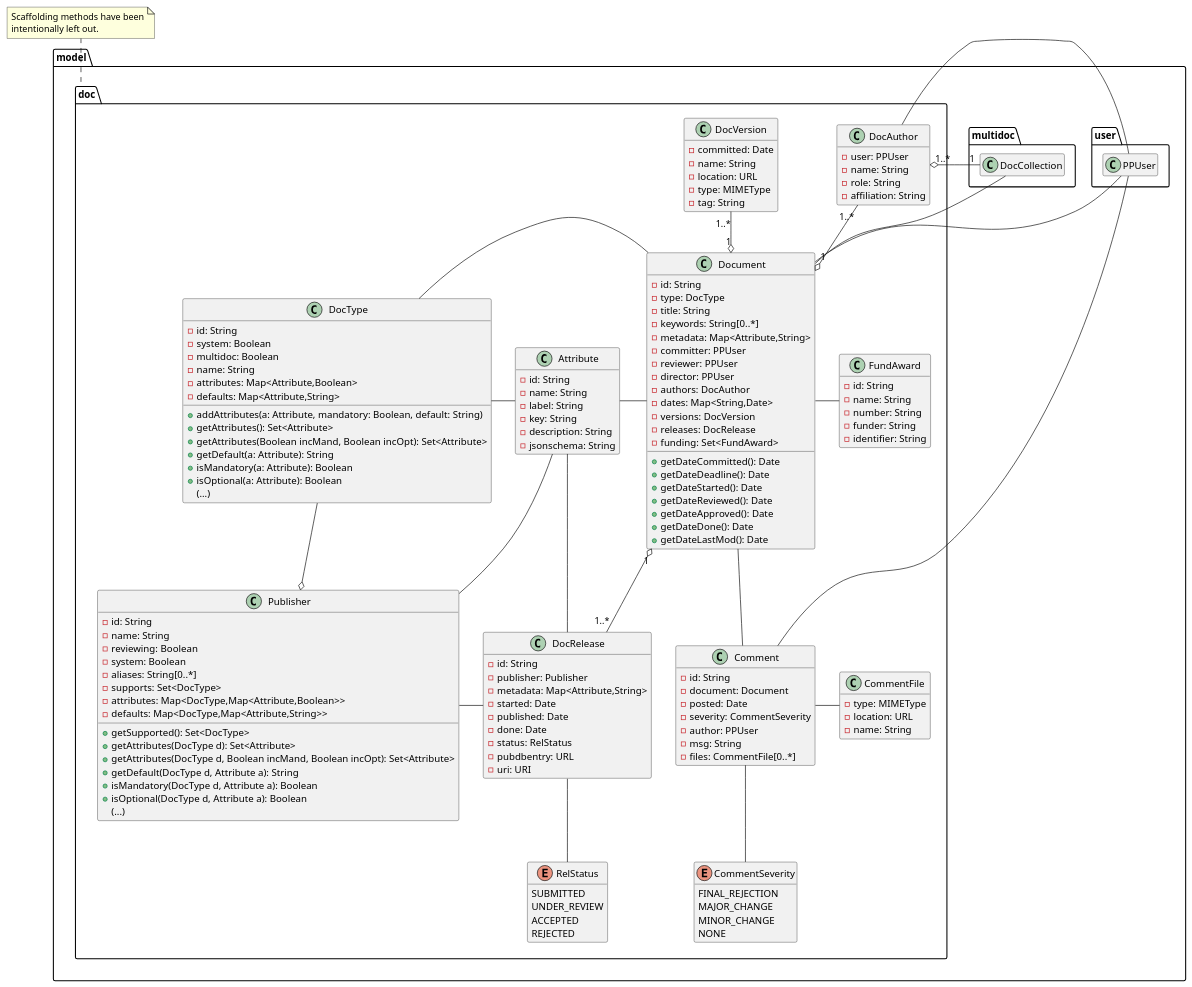
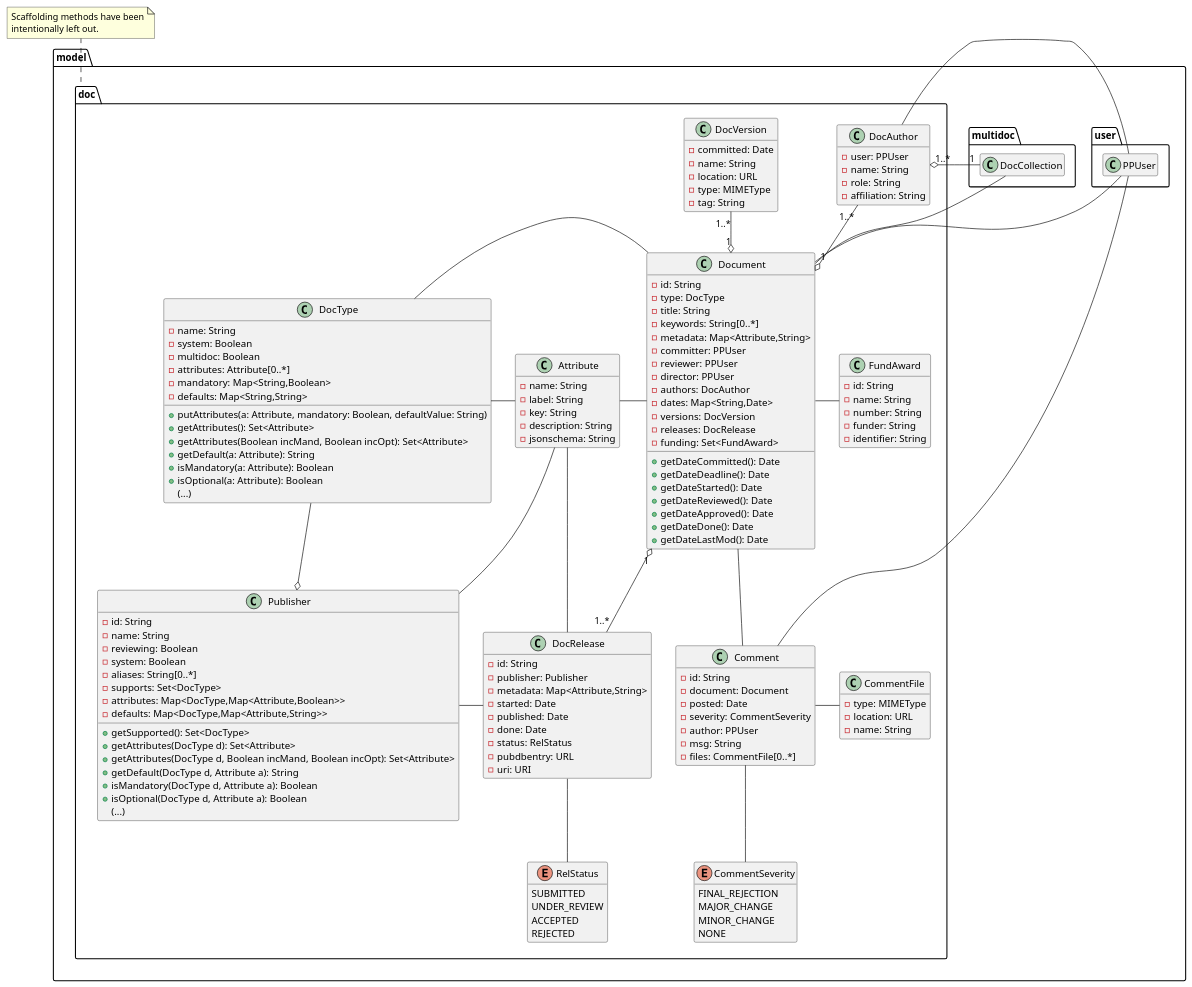
Before and after one commit to peerpub/peerpub: the diagram in doc/uml/model/doc.md, drawn with PlantUML. The commit also changed 3 other files, not shown here.

Commit message:
Working basic model.doc.DocType. * Only basic "putAttribute()" method, others still missing * Basic Unit and Integration Tests * Updated UML diagram.

```diff
--- a/doc/uml/model/doc.md
+++ b/doc/uml/model/doc.md
@@ -42,14 +42,14 @@
   DocType - Document
   Attribute - DocType
   class DocType {
-    -id: String
+    -name: String
     -system: Boolean
     -multidoc: Boolean
-    -name: String
-    -attributes: Map<Attribute,Boolean>
-    -defaults: Map<Attribute,String>
+    -attributes: Attribute[0..*]
+    -mandatory: Map<String,Boolean>
+    -defaults: Map<String,String>
 
-    +addAttributes(a: Attribute, mandatory: Boolean, default: String)
+    +putAttributes(a: Attribute, mandatory: Boolean, defaultValue: String)
     +getAttributes(): Set<Attribute>
     +getAttributes(Boolean incMand, Boolean incOpt): Set<Attribute>
     +getDefault(a: Attribute): String
@@ -59,7 +59,6 @@
   }
 
   class Attribute {
-    -id: String
     -name: String
     -label: String
     -key: String
```
